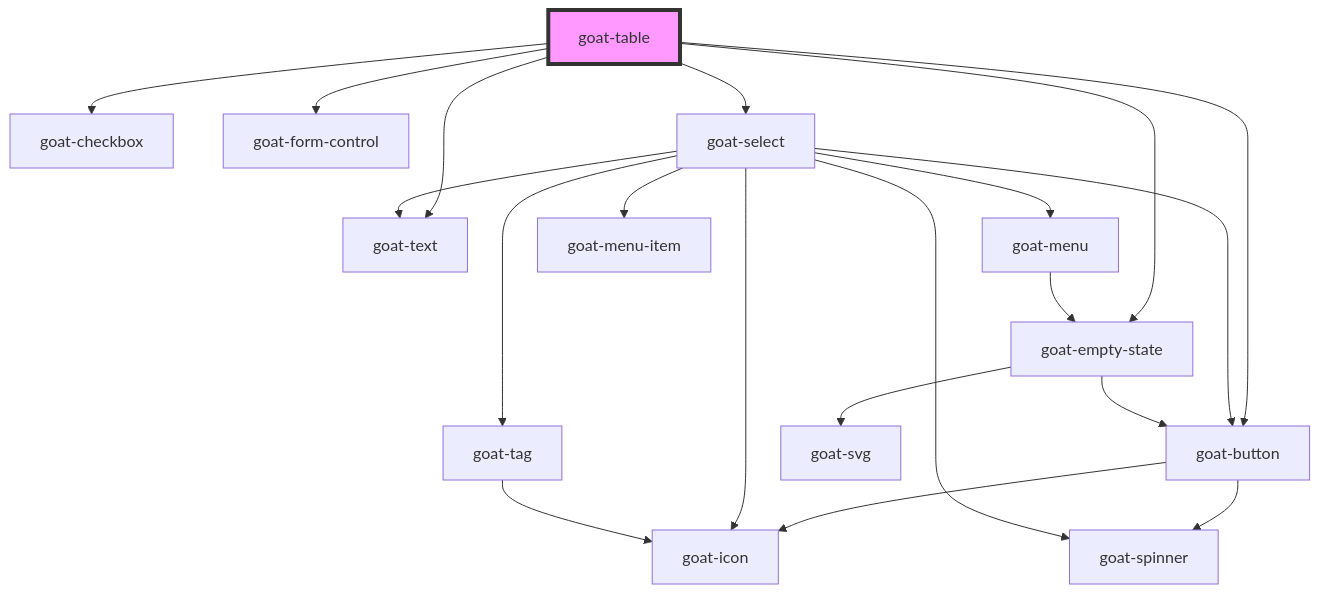
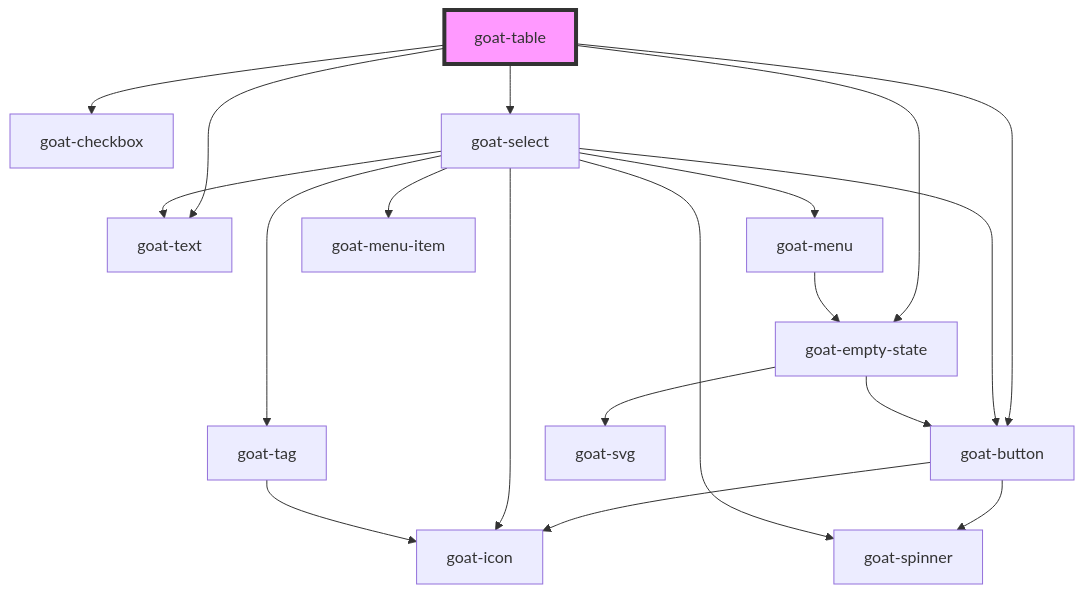
One commit to goatui/components changed the diagram in src/components/data-display/table/readme.md. Above: the diagram before and after it, drawn with Mermaid. The commit also changed other lines of this file and 586 other files, not shown here.

````diff
--- a/src/components/data-display/table/readme.md
+++ b/src/components/data-display/table/readme.md
@@ -50,23 +49,22 @@
 ```mermaid
 graph TD;
   goat-table --> goat-checkbox
   goat-table --> goat-button
-  goat-table --> goat-form-control
   goat-table --> goat-select
   goat-table --> goat-text
   goat-table --> goat-empty-state
   goat-button --> goat-icon
   goat-button --> goat-spinner
   goat-select --> goat-icon
   goat-select --> goat-tag
   goat-select --> goat-button
   goat-select --> goat-spinner
   goat-select --> goat-menu
   goat-select --> goat-text
   goat-select --> goat-menu-item
   goat-tag --> goat-icon
   goat-menu --> goat-empty-state
   goat-empty-state --> goat-svg
   goat-empty-state --> goat-button
   style goat-table fill:#f9f,stroke:#333,stroke-width:4px
 ```
````
